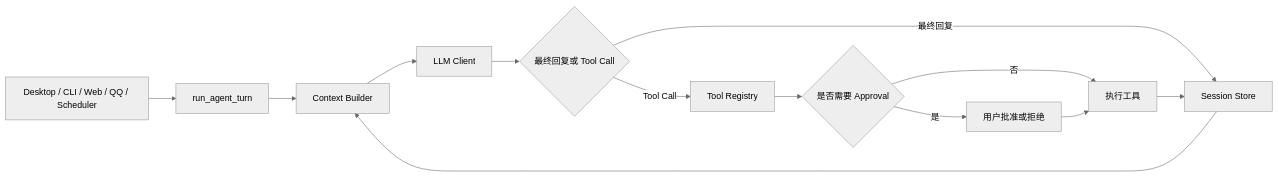
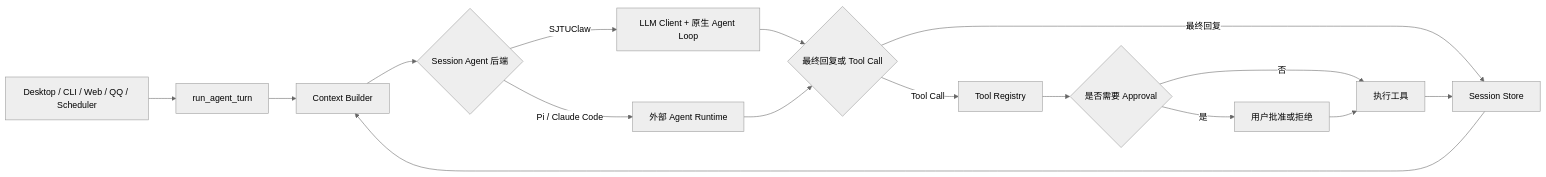
Before and after one commit to DOGOGOD/SJTUClaw: the diagram in 中期报告.md, drawn with Mermaid (neutral theme). The commit also changed other lines of this file and 60 other files, not shown here.

````diff
--- a/中期报告.md
+++ b/中期报告.md
@@ -66,15 +68,18 @@
 ```mermaid
 flowchart LR
     A["Desktop / CLI / Web / QQ / Scheduler"] --> B["run_agent_turn"]
     B --> C["Context Builder"]
-    C --> D["LLM Client"]
-    D --> E{"最终回复或 Tool Call"}
-    E -->|最终回复| F["Session Store"]
-    E -->|Tool Call| G["Tool Registry"]
+    C --> D{"Session Agent 后端"}
+    D -->|SJTUClaw| E["LLM Client + 原生 Agent Loop"]
+    D -->|Pi / Claude Code| P["外部 Agent Runtime"]
+    E --> F{"最终回复或 Tool Call"}
+    P --> F
+    F -->|最终回复| S["Session Store"]
+    F -->|Tool Call| G["Tool Registry"]
     G --> H{"是否需要 Approval"}
     H -->|是| I["用户批准或拒绝"]
     H -->|否| J["执行工具"]
     I --> J
-    J --> F
-    F --> C
+    J --> S
+    S --> C
 ```
````
